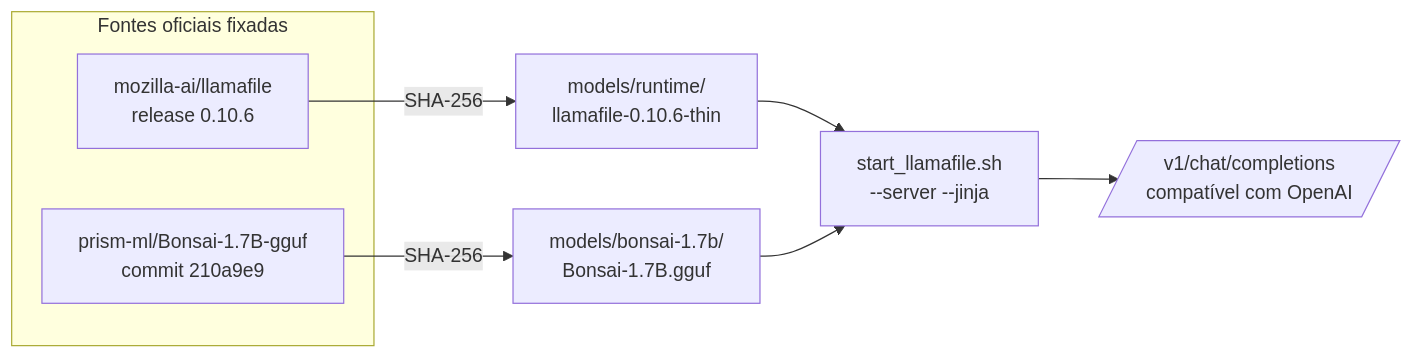
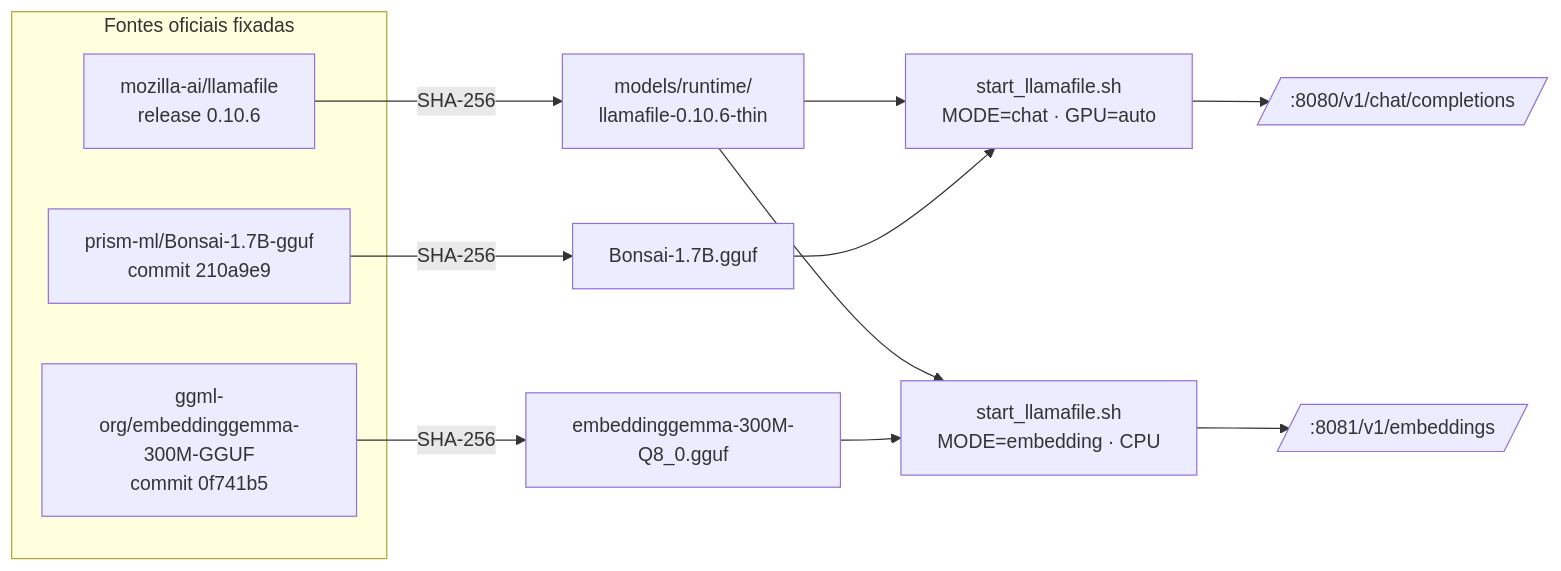
Before and after one commit to RonildoSilva/ai-engineer-challenge: diagram 11 of 12 in README.md, drawn with Mermaid. The commit also changed other lines of this file and 9 other files, not shown here.

First line of the commit message:
feat(models): embeddinggemma-300m avaliado e no manifesto, modos chat/embedding e política de GPU

````diff
--- a/README.md
+++ b/README.md
@@ -373,12 +375,17 @@
 ```mermaid
 flowchart LR
     subgraph SRC[Fontes oficiais fixadas]
         M1[mozilla-ai/llamafile<br/>release 0.10.6]
         M2[prism-ml/Bonsai-1.7B-gguf<br/>commit 210a9e9]
+        M3[ggml-org/embeddinggemma-300M-GGUF<br/>commit 0f741b5]
     end
     M1 -->|SHA-256| R[models/runtime/<br/>llamafile-0.10.6-thin]
-    M2 -->|SHA-256| G[models/bonsai-1.7b/<br/>Bonsai-1.7B.gguf]
-    R --> S[start_llamafile.sh<br/>--server --jinja]
-    G --> S
-    S --> API[/v1/chat/completions<br/>compatível com OpenAI/]
+    M2 -->|SHA-256| G[Bonsai-1.7B.gguf]
+    M3 -->|SHA-256| E[embeddinggemma-300M-Q8_0.gguf]
+    R --> S1[start_llamafile.sh<br/>MODE=chat · GPU=auto]
+    G --> S1
+    R --> S2[start_llamafile.sh<br/>MODE=embedding · CPU]
+    E --> S2
+    S1 --> API1[/:8080/v1/chat/completions/]
+    S2 --> API2[/:8081/v1/embeddings/]
 ```
````
